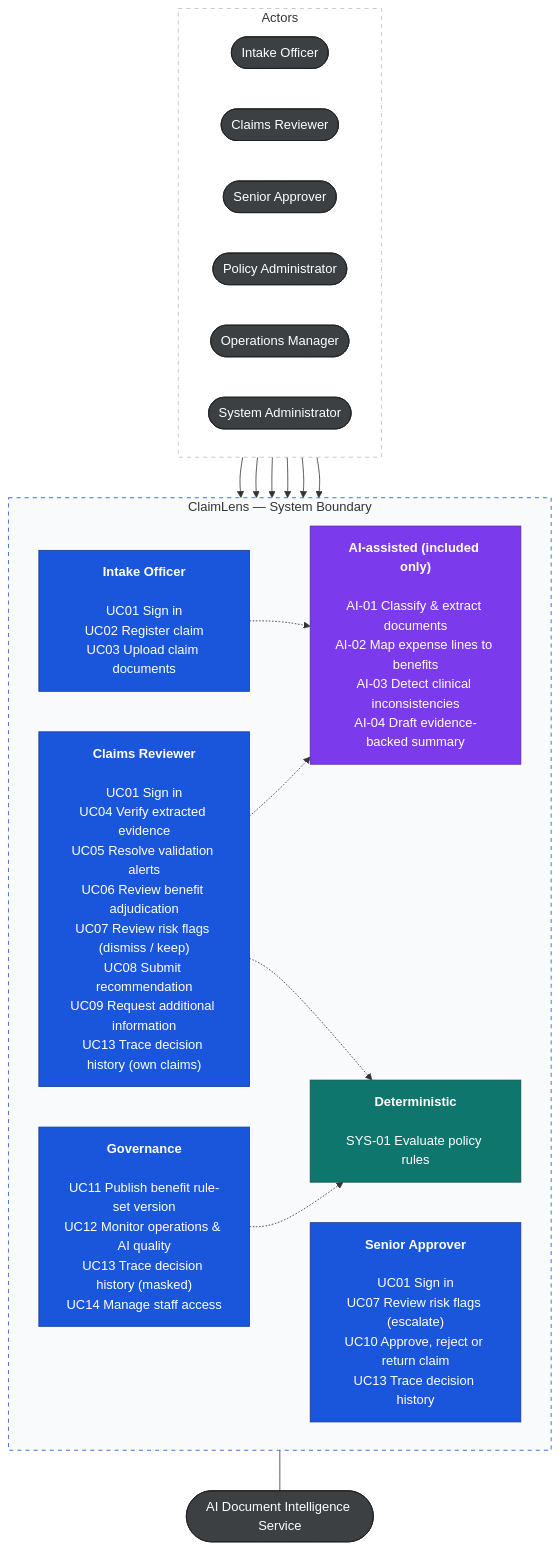
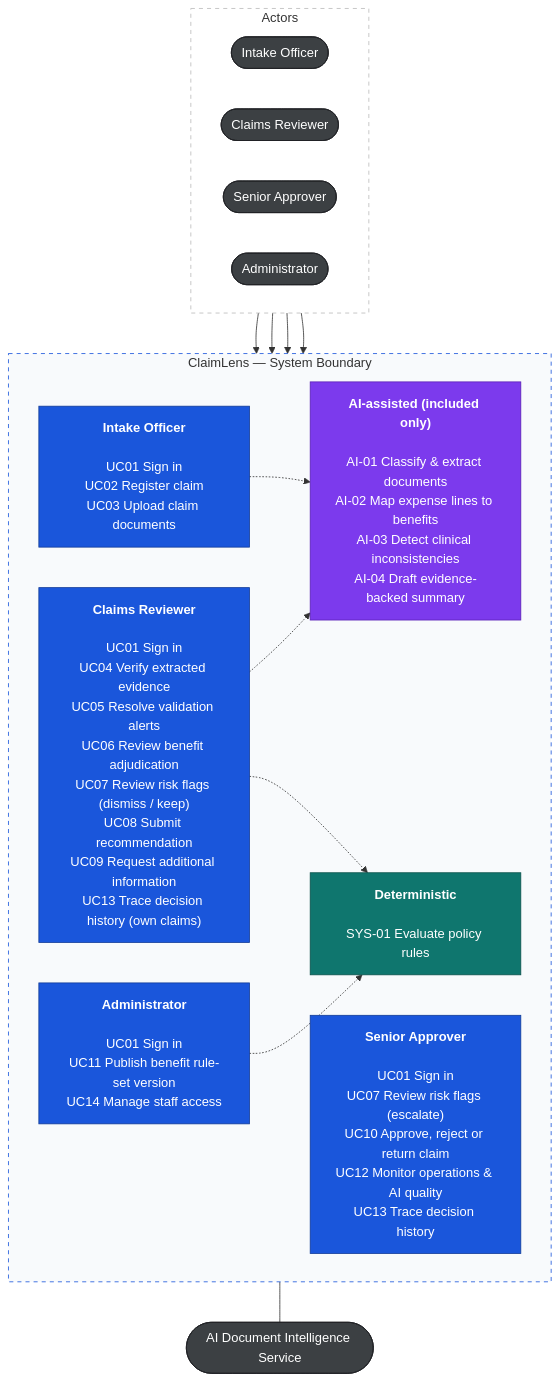
Before and after one commit to cuonglpv/PMDC-AITHUCCHIEN: the first of 2 diagrams in README.md, drawn with Mermaid. The commit also changed other lines of this file and 14 other files, not shown here.

````diff
--- a/README.md
+++ b/README.md
@@ -65,43 +65,41 @@
 ```mermaid
 flowchart TB
     subgraph roles["Actors"]
         direction LR
         intake(["Intake Officer"])
         reviewer(["Claims Reviewer"])
         approver(["Senior Approver"])
-        policy(["Policy Administrator"])
-        ops(["Operations Manager"])
-        admin(["System Administrator"])
+        admin(["Administrator"])
     end
 
     subgraph system["ClaimLens — System Boundary"]
         direction LR
         intakeCases["<b>Intake Officer</b><br/><br/>UC01 Sign in<br/>UC02 Register claim<br/>UC03 Upload claim documents"]
         reviewerCases["<b>Claims Reviewer</b><br/><br/>UC01 Sign in<br/>UC04 Verify extracted evidence<br/>UC05 Resolve validation alerts<br/>UC06 Review benefit adjudication<br/>UC07 Review risk flags (dismiss / keep)<br/>UC08 Submit recommendation<br/>UC09 Request additional information<br/>UC13 Trace decision history (own claims)"]
-        approverCases["<b>Senior Approver</b><br/><br/>UC01 Sign in<br/>UC07 Review risk flags (escalate)<br/>UC10 Approve, reject or return claim<br/>UC13 Trace decision history"]
-        governCases["<b>Governance</b><br/><br/>UC11 Publish benefit rule-set version<br/>UC12 Monitor operations & AI quality<br/>UC13 Trace decision history (masked)<br/>UC14 Manage staff access"]
+        approverCases["<b>Senior Approver</b><br/><br/>UC01 Sign in<br/>UC07 Review risk flags (escalate)<br/>UC10 Approve, reject or return claim<br/>UC12 Monitor operations & AI quality<br/>UC13 Trace decision history"]
+        governCases["<b>Administrator</b><br/><br/>UC01 Sign in<br/>UC11 Publish benefit rule-set version<br/>UC14 Manage staff access"]
         aiCases["<b>AI-assisted (included only)</b><br/><br/>AI-01 Classify & extract documents<br/>AI-02 Map expense lines to benefits<br/>AI-03 Detect clinical inconsistencies<br/>AI-04 Draft evidence-backed summary"]
         sysCases["<b>Deterministic</b><br/><br/>SYS-01 Evaluate policy rules"]
     end
 
     aisvc(["AI Document Intelligence Service"])
 
     intake --> intakeCases
     reviewer --> reviewerCases
     approver --> approverCases
-    policy & ops & admin --> governCases
+    admin --> governCases
     intakeCases & reviewerCases -.-> aiCases
     reviewerCases & governCases -.-> sysCases
     aiCases --- aisvc
 
     classDef actor fill:#3c4043,color:#fff,stroke:#202124
     classDef primary fill:#1a56db,color:#fff,stroke:#123c99
     classDef ai fill:#7c3aed,color:#fff,stroke:#5b21b6
     classDef sys fill:#0f766e,color:#fff,stroke:#0b524c
-    class intake,reviewer,approver,policy,ops,admin,aisvc actor
+    class intake,reviewer,approver,admin,aisvc actor
     class intakeCases,reviewerCases,approverCases,governCases primary
     class aiCases ai
     class sysCases sys
     style roles fill:#fff,stroke:#bbb,stroke-dasharray:5 5
     style system fill:#f8fafc,stroke:#1a56db,stroke-dasharray:5 5
 ```
````
